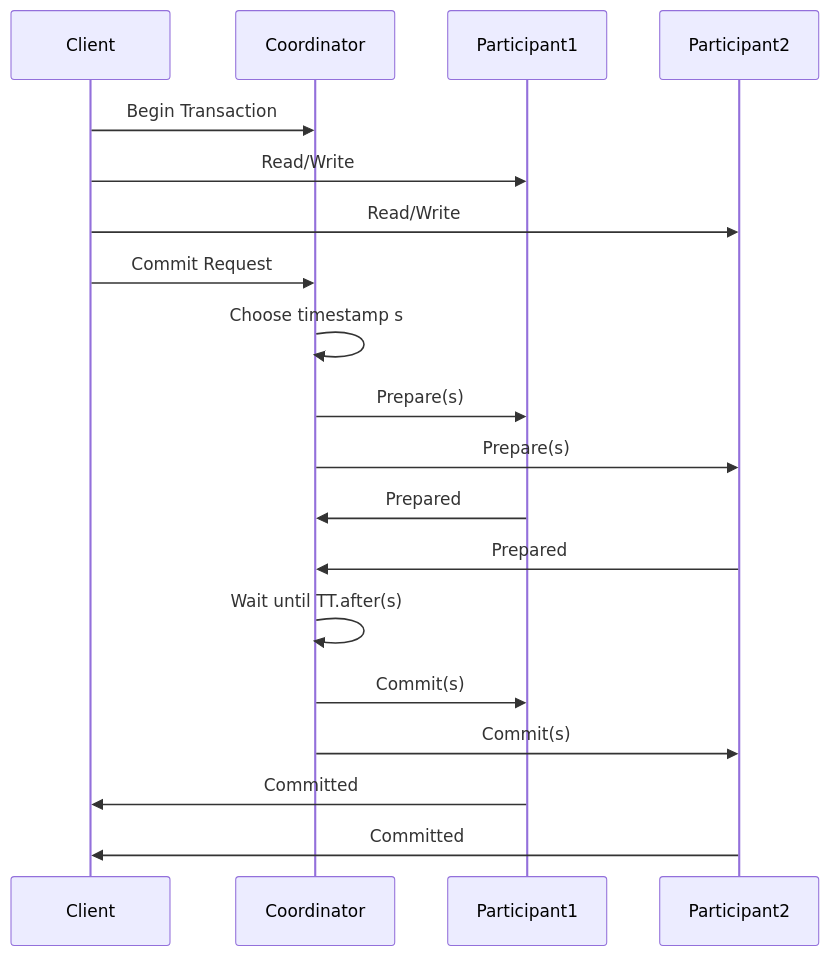
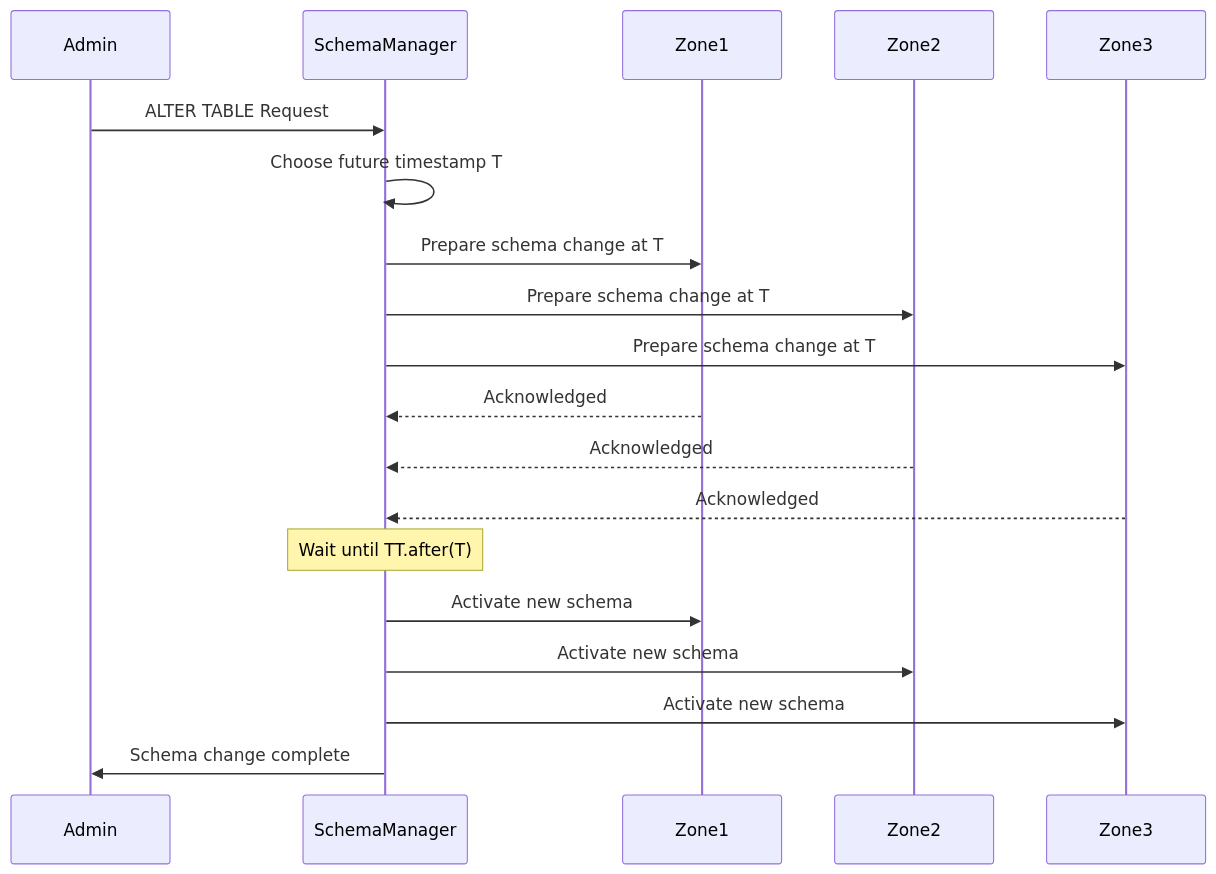
Before and after one commit to gtnao/viblog: the sixth of 8 diagrams in articles/database/spanner.md, drawn with Mermaid. The commit also changed other lines of this file and 3 other files, not shown here.

````diff
--- a/articles/database/spanner.md
+++ b/articles/database/spanner.md
@@ -56,26 +313,26 @@
 ```mermaid
 sequenceDiagram
-    participant Client
-    participant Coordinator
-    participant Participant1
-    participant Participant2
+    participant Admin
+    participant SchemaManager
+    participant Zone1
+    participant Zone2
+    participant Zone3
     
-    Client->>Coordinator: Begin Transaction
-    Client->>Participant1: Read/Write
-    Client->>Participant2: Read/Write
-    Client->>Coordinator: Commit Request
+    Admin->>SchemaManager: ALTER TABLE Request
+    SchemaManager->>SchemaManager: Choose future timestamp T
+    SchemaManager->>Zone1: Prepare schema change at T
+    SchemaManager->>Zone2: Prepare schema change at T
+    SchemaManager->>Zone3: Prepare schema change at T
     
-    Coordinator->>Coordinator: Choose timestamp s
-    Coordinator->>Participant1: Prepare(s)
-    Coordinator->>Participant2: Prepare(s)
+    Zone1-->>SchemaManager: Acknowledged
+    Zone2-->>SchemaManager: Acknowledged
+    Zone3-->>SchemaManager: Acknowledged
     
-    Participant1->>Coordinator: Prepared
-    Participant2->>Coordinator: Prepared
+    Note over SchemaManager: Wait until TT.after(T)
     
-    Coordinator->>Coordinator: Wait until TT.after(s)
-    Coordinator->>Participant1: Commit(s)
-    Coordinator->>Participant2: Commit(s)
+    SchemaManager->>Zone1: Activate new schema
+    SchemaManager->>Zone2: Activate new schema
+    SchemaManager->>Zone3: Activate new schema
     
-    Participant1->>Client: Committed
-    Participant2->>Client: Committed
+    SchemaManager->>Admin: Schema change complete
 ```
````
